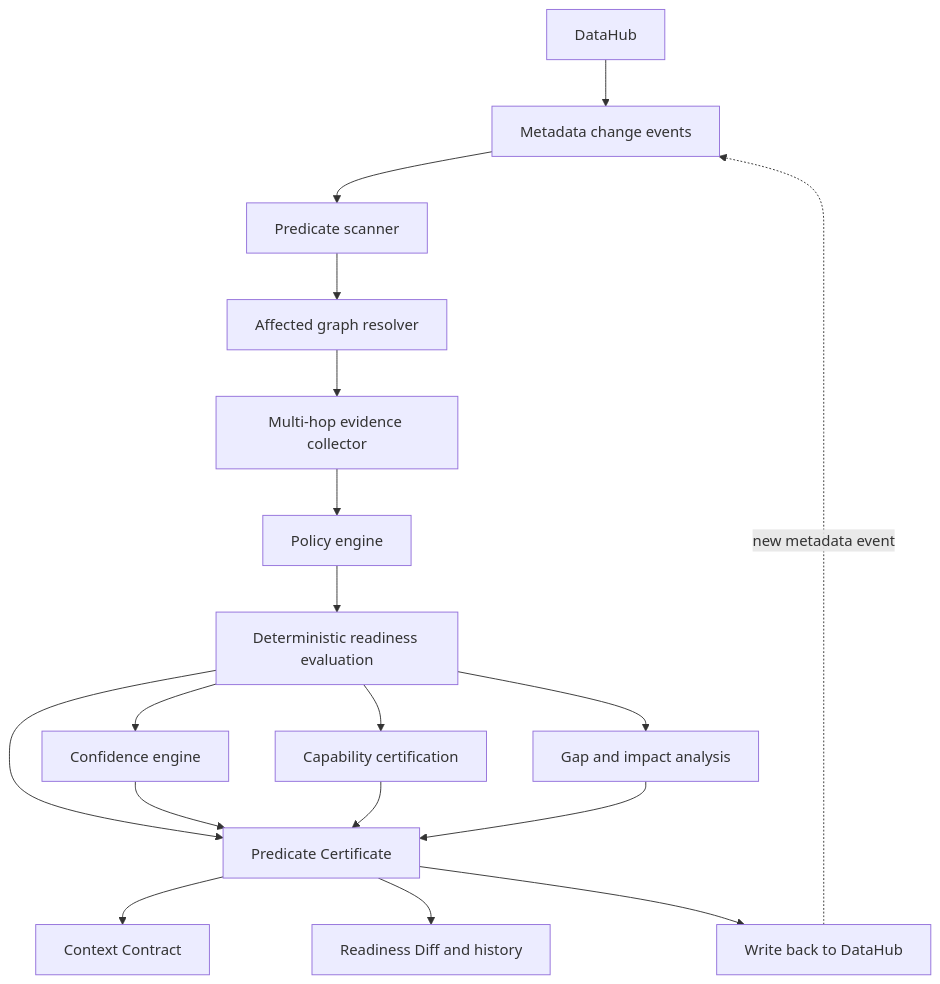
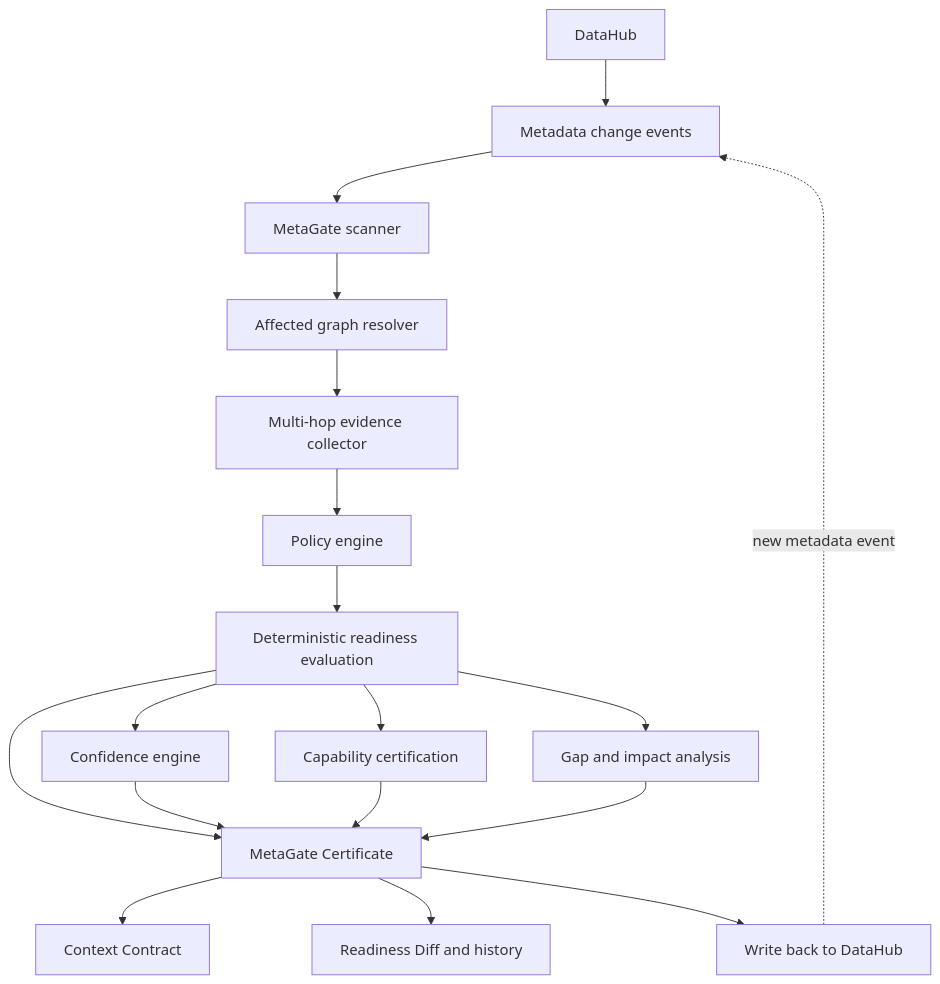
Before and after one commit to tam2vec/MetaGate: the diagram in docs/architecture.md, drawn with Mermaid. The commit also changed other lines of this file and 173 other files, not shown here.

Commit message:
Rename Predicate to MetaGate and expand DataHub integration

````diff
--- a/docs/architecture.md
+++ b/docs/architecture.md
@@ -5,20 +5,20 @@
 ```mermaid
 flowchart TD
   A["DataHub"] --> B["Metadata change events"]
-  B --> C["Predicate scanner"]
+  B --> C["MetaGate scanner"]
   C --> D["Affected graph resolver"]
   D --> E["Multi-hop evidence collector"]
   E --> F["Policy engine"]
   F --> G["Deterministic readiness evaluation"]
   G --> H["Confidence engine"]
   G --> I["Capability certification"]
   G --> J["Gap and impact analysis"]
-  G --> K["Predicate Certificate"]
+  G --> K["MetaGate Certificate"]
   H --> K
   I --> K
   J --> K
   K --> L["Context Contract"]
   K --> M["Readiness Diff and history"]
   K --> N["Write back to DataHub"]
   N -. "new metadata event" .-> B
 ```
````
